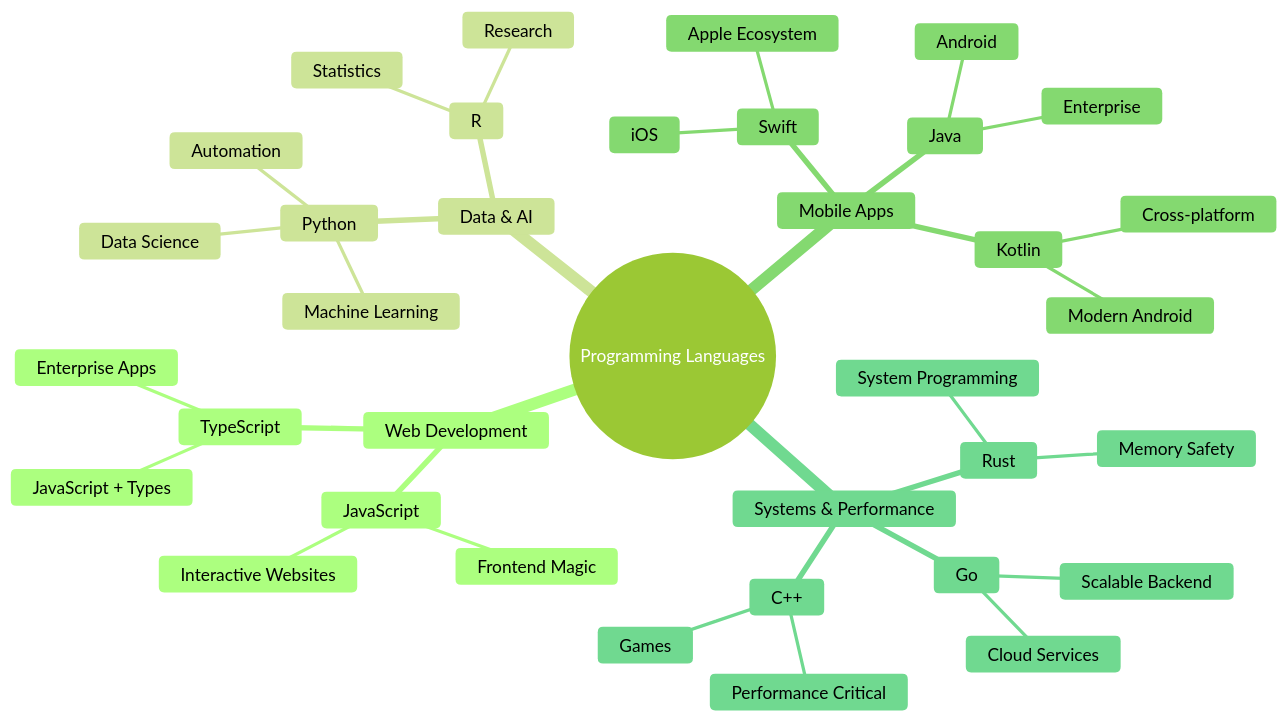
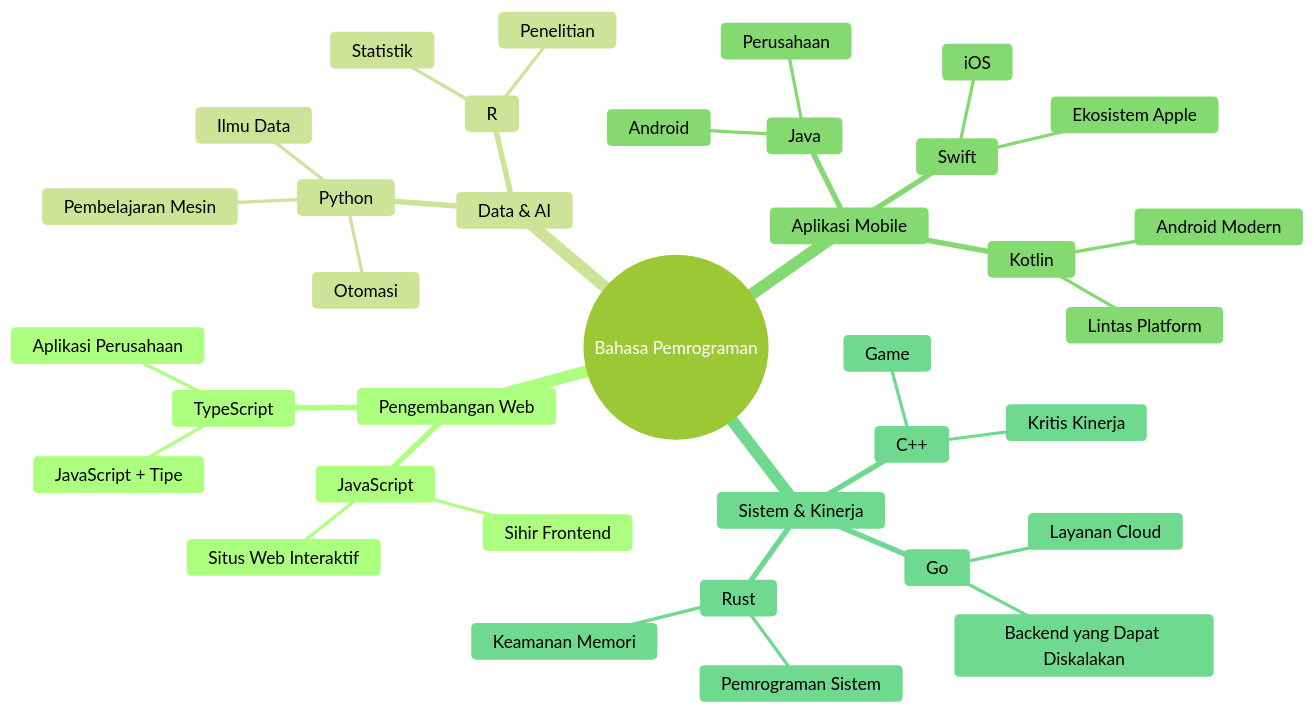
One commit to microsoft/Web-Dev-For-Beginners changed the second of 7 diagrams in translations/id/1-getting-started-lessons/1-intro-to-programming-languages/README.md. Above: the diagram before and after it, drawn with Mermaid (forest theme). The commit also changed other lines of this file and 11 other files, not shown here.

````diff
--- a/translations/id/1-getting-started-lessons/1-intro-to-programming-languages/README.md
+++ b/translations/id/1-getting-started-lessons/1-intro-to-programming-languages/README.md
@@ -85,39 +84,39 @@
 ```mermaid
 mindmap
-  root((Programming Languages))
-    Web Development
+  root((Bahasa Pemrograman))
+    Pengembangan Web
       JavaScript
-        Frontend Magic
-        Interactive Websites
+        Sihir Frontend
+        Situs Web Interaktif
       TypeScript
-        JavaScript + Types
-        Enterprise Apps
+        JavaScript + Tipe
+        Aplikasi Perusahaan
     Data & AI
       Python
-        Data Science
-        Machine Learning
-        Automation
+        Ilmu Data
+        Pembelajaran Mesin
+        Otomasi
       R
-        Statistics
-        Research
-    Mobile Apps
+        Statistik
+        Penelitian
+    Aplikasi Mobile
       Java
         Android
-        Enterprise
+        Perusahaan
       Swift
         iOS
-        Apple Ecosystem
+        Ekosistem Apple
       Kotlin
-        Modern Android
-        Cross-platform
-    Systems & Performance
+        Android Modern
+        Lintas Platform
+    Sistem & Kinerja
       C++
-        Games
-        Performance Critical
+        Game
+        Kritis Kinerja
       Rust
-        Memory Safety
-        System Programming
+        Keamanan Memori
+        Pemrograman Sistem
       Go
-        Cloud Services
-        Scalable Backend
+        Layanan Cloud
+        Backend yang Dapat Diskalakan
 ```
````
